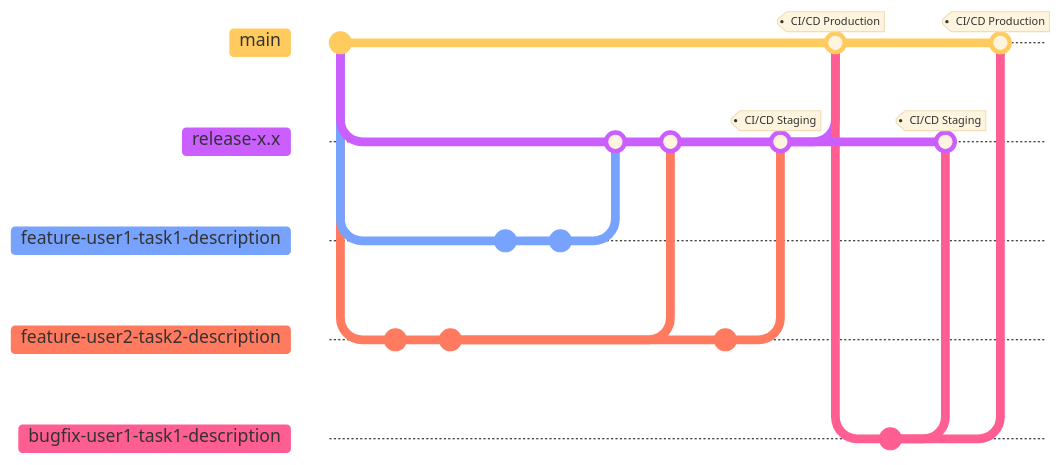
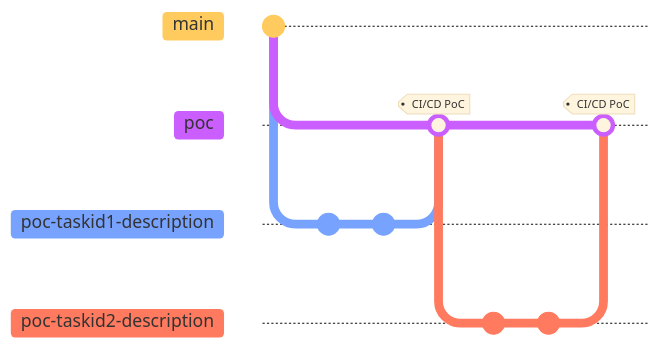
Before and after one commit to vanngoh/git-flow-best-practice: the diagram in README.md, drawn with Mermaid. The commit also changed other lines of this file, not shown here. Commit ids are hidden.

Commit message:
PoC Product Git Flow added

````diff
--- a/README.md
+++ b/README.md
@@ -3,30 +5,17 @@
 ```mermaid
 %%{init: { 'logLevel': 'debug', 'theme': 'base', 'gitGraph': {'showBranches': true}} }%%
 gitGraph
-  commit
-  branch release-x.x
-  checkout main
-  branch feature-user1-task1-description
-  checkout main
-  branch feature-user2-task2-description
-  commit
-  commit
-  checkout feature-user1-task1-description
-  commit
-  commit
-  checkout release-x.x
-  merge feature-user1-task1-description
-  merge feature-user2-task2-description
-  checkout feature-user2-task2-description
-  commit
-  checkout release-x.x
-  merge feature-user2-task2-description tag: "CI/CD Staging"
-  checkout main
-  merge release-x.x tag: "CI/CD Production"
-  branch bugfix-user1-task1-description
-  commit
-  checkout release-x.x
-  merge bugfix-user1-task1-description tag: "CI/CD Staging"
-  checkout main
-  merge bugfix-user1-task1-description tag: "CI/CD Production"
+	commit
+  branch poc
+	checkout poc
+	branch poc-taskid1-description
+	commit
+	commit
+	checkout poc
+	merge poc-taskid1-description tag: "CI/CD PoC"
+	branch poc-taskid2-description
+	commit
+	commit
+	checkout poc
+	merge poc-taskid2-description tag: "CI/CD PoC"
 ```
````
